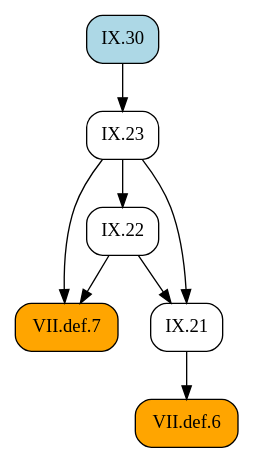
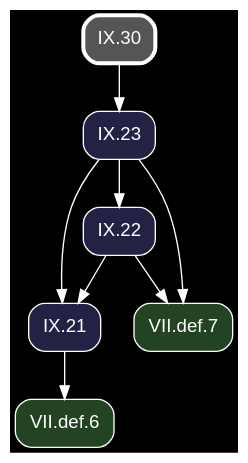
One commit to geometor/elements changed the diagram in docsrc/heath/IX/30/index.rst. Above: the diagram before and after it, drawn with Graphviz. The commit also changed other lines of this file and 1200 other files, not shown here.

Commit message:
update dependency graphs

```diff
--- a/docsrc/heath/IX/30/index.rst
+++ b/docsrc/heath/IX/30/index.rst
@@ -40,19 +40,21 @@
 .. graphviz::
 
    digraph {
+     bgcolor="black";
+     node [shape=box, style="rounded,filled", fontname="Helvetica", color="white", fontcolor="white"];
+     edge [color="white", fontcolor="white"];
      rankdir="TB";
-     node [shape=box, style=rounded];
-     "VII.def.6" [style="rounded,filled", fillcolor=orange, URL="/heath/VII/def.6/", target="_top"];
-     "IX.30" [style="rounded,filled", fillcolor=lightblue, URL="/heath/IX/30/", target="_top"];
-     "IX.22" [URL="/heath/IX/22/", target="_top"];
-     "IX.23" [URL="/heath/IX/23/", target="_top"];
-     "VII.def.7" [style="rounded,filled", fillcolor=orange, URL="/heath/VII/def.7/", target="_top"];
-     "IX.21" [URL="/heath/IX/21/", target="_top"];
-     "IX.21" -> "VII.def.6";
-     "IX.23" -> "IX.22";
-     "IX.30" -> "IX.23";
+     "IX.21" [fillcolor="#222244", URL="/heath/IX/21/", target="_top"];
+     "IX.30" [penwidth=3, color="white", fillcolor="#555555", URL="/heath/IX/30/", target="_top"];
+     "VII.def.7" [fillcolor="#224422", URL="/heath/VII/def.7/", target="_top"];
+     "IX.23" [fillcolor="#222244", URL="/heath/IX/23/", target="_top"];
+     "IX.22" [fillcolor="#222244", URL="/heath/IX/22/", target="_top"];
+     "VII.def.6" [fillcolor="#224422", URL="/heath/VII/def.6/", target="_top"];
+     "IX.22" -> "IX.21";
+     "IX.23" -> "IX.21";
      "IX.22" -> "VII.def.7";
      "IX.23" -> "VII.def.7";
-     "IX.22" -> "IX.21";
-     "IX.23" -> "IX.21";
+     "IX.30" -> "IX.23";
+     "IX.23" -> "IX.22";
+     "IX.21" -> "VII.def.6";
    }
```
